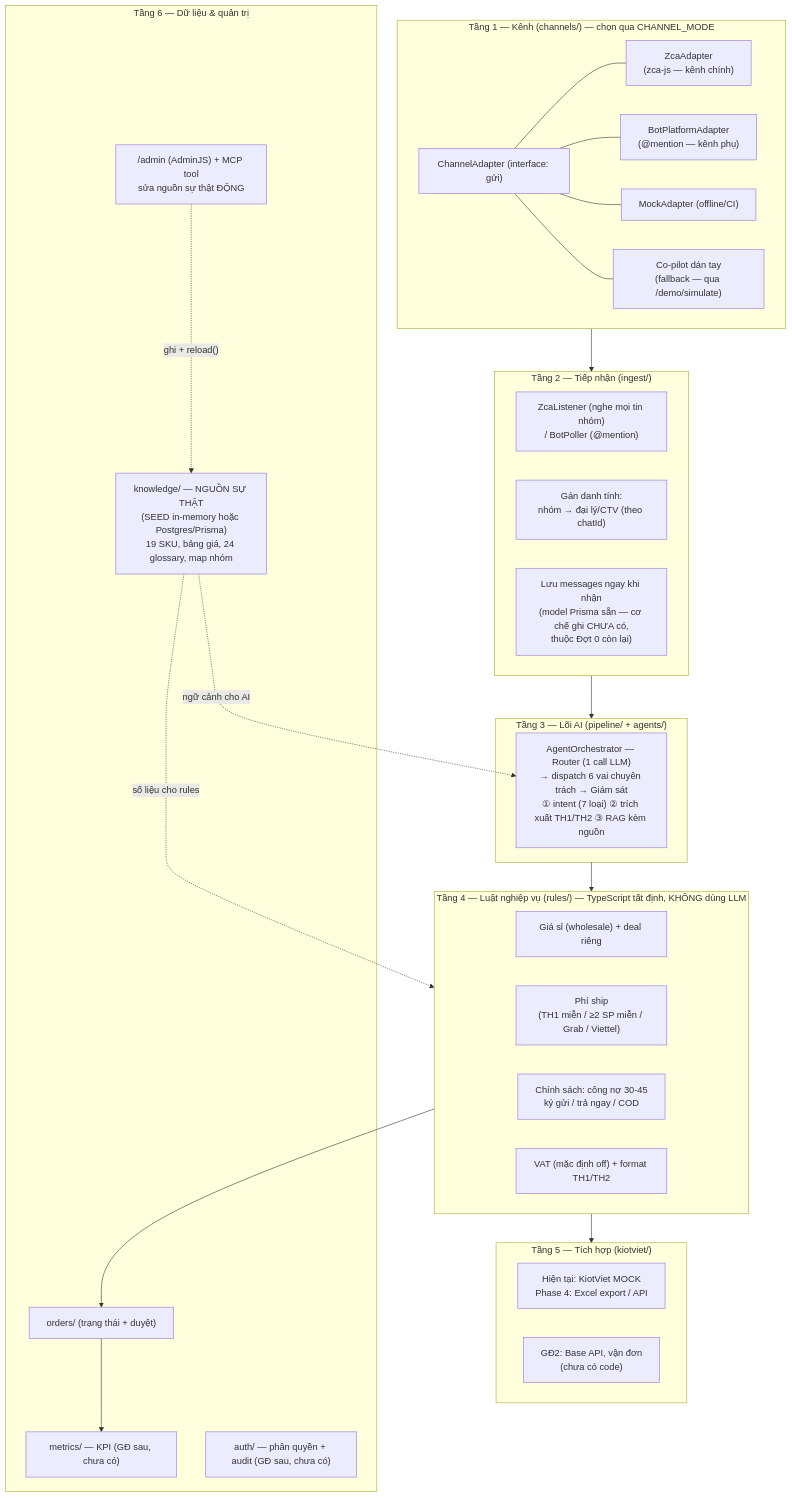
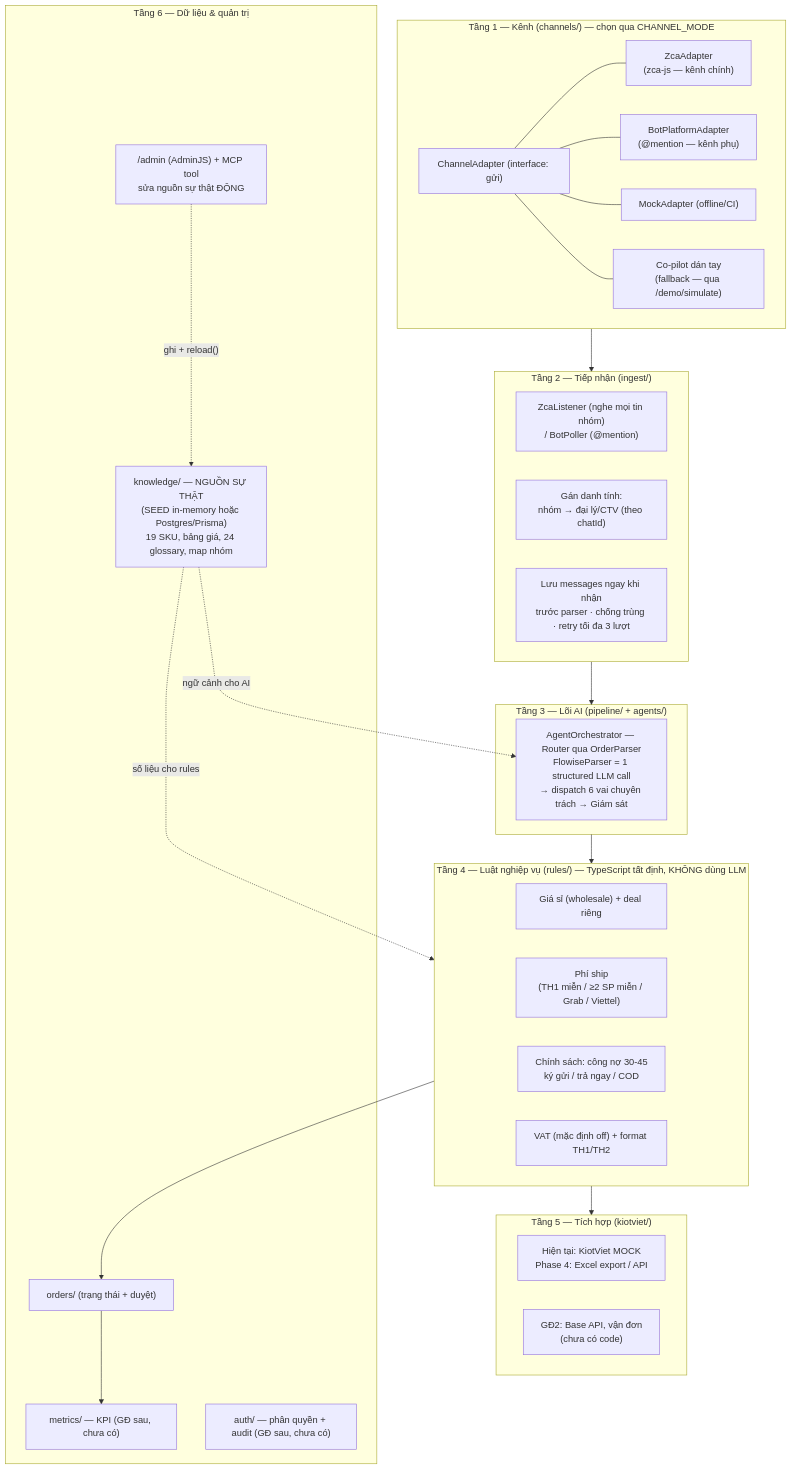
Before and after one commit to phungtienviet14-sketch/nexagnet-platform: the second of 12 diagrams in docs/so-do-he-thong.md, drawn with Mermaid. The commit also changed other lines of this file and 43 other files, not shown here.

Commit message:
feat: integrate Flowise parser and GCP pilot stack

````diff
--- a/docs/so-do-he-thong.md
+++ b/docs/so-do-he-thong.md
@@ -81,51 +85,51 @@
 ```mermaid
 flowchart TB
     subgraph L1["Tầng 1 — Kênh (channels/) — chọn qua CHANNEL_MODE"]
         CA["ChannelAdapter (interface: gửi)"]
         ZCA["ZcaAdapter<br/>(zca-js — kênh chính)"]
         BOT["BotPlatformAdapter<br/>(@mention — kênh phụ)"]
         MOCK["MockAdapter (offline/CI)"]
         COP["Co-pilot dán tay<br/>(fallback — qua /demo/simulate)"]
         CA --- ZCA
         CA --- BOT
         CA --- MOCK
         CA --- COP
     end
 
     subgraph L2["Tầng 2 — Tiếp nhận (ingest/)"]
         LIS["ZcaListener (nghe mọi tin nhóm)<br/>/ BotPoller (@mention)"]
         IDENT["Gán danh tính:<br/>nhóm → đại lý/CTV (theo chatId)"]
-        SAVE["Lưu messages ngay khi nhận<br/>(model Prisma sẵn — cơ chế ghi CHƯA có,<br/>thuộc Đợt 0 còn lại)"]
+        SAVE["Lưu messages ngay khi nhận<br/>trước parser · chống trùng · retry tối đa 3 lượt"]
     end
 
     subgraph L3["Tầng 3 — Lõi AI (pipeline/ + agents/)"]
-        ORCH["AgentOrchestrator — Router (1 call LLM)<br/>→ dispatch 6 vai chuyên trách → Giám sát<br/>① intent (7 loại) ② trích xuất TH1/TH2 ③ RAG kèm nguồn"]
+        ORCH["AgentOrchestrator — Router qua OrderParser<br/>FlowiseParser = 1 structured LLM call<br/>→ dispatch 6 vai chuyên trách → Giám sát"]
     end
 
     subgraph L4["Tầng 4 — Luật nghiệp vụ (rules/) — TypeScript tất định, KHÔNG dùng LLM"]
         PRICE["Giá sỉ (wholesale) + deal riêng"]
         SHIPR["Phí ship<br/>(TH1 miễn / ≥2 SP miễn / Grab / Viettel)"]
         POL["Chính sách: công nợ 30-45<br/>ký gửi / trả ngay / COD"]
         VAT["VAT (mặc định off) + format TH1/TH2"]
     end
 
     subgraph L5["Tầng 5 — Tích hợp (kiotviet/)"]
         XLS["Hiện tại: KiotViet MOCK<br/>Phase 4: Excel export / API"]
         APIS["GĐ2: Base API, vận đơn<br/>(chưa có code)"]
     end
 
     subgraph L6["Tầng 6 — Dữ liệu & quản trị"]
         KNOW["knowledge/ — NGUỒN SỰ THẬT<br/>(SEED in-memory hoặc Postgres/Prisma)<br/>19 SKU, bảng giá, 24 glossary, map nhóm"]
         ADMIN["/admin (AdminJS) + MCP tool<br/>sửa nguồn sự thật ĐỘNG"]
         ORD["orders/ (trạng thái + duyệt)"]
         MET["metrics/ — KPI (GĐ sau, chưa có)"]
         AUTH["auth/ — phân quyền + audit (GĐ sau, chưa có)"]
         ADMIN -.->|"ghi + reload()"| KNOW
     end
 
     L1 --> L2 --> L3 --> L4 --> L5
     KNOW -.->|"ngữ cảnh cho AI"| ORCH
     KNOW -.->|"số liệu cho rules"| L4
     L4 --> ORD
     ORD --> MET
 ```
````
